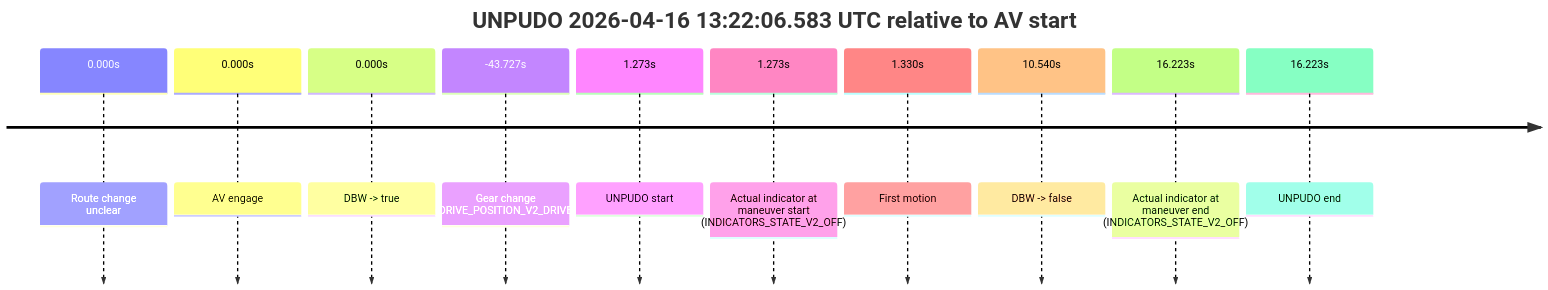
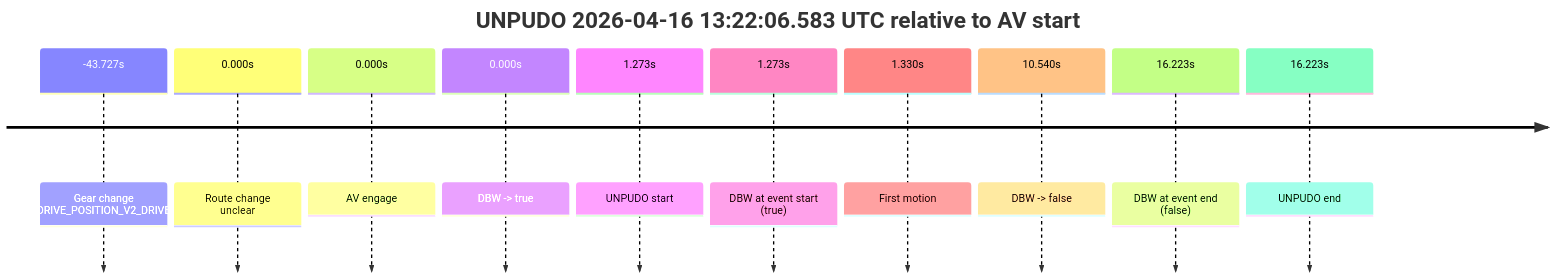
The third of 4 diagrams in model_analysis/report_cards/2026/04/Week-3/fme20009--2026-04-16--12-35-12--gen2-av-b61aff24-57ea-46f1-b166-ea73856ef968.md (yoelshapiro/vault), drawn with Mermaid before and after one commit. The commit also changed other lines of this file and 32 other files, not shown here.

````diff
--- a/model_analysis/report_cards/2026/04/Week-3/fme20009--2026-04-16--12-35-12--gen2-av-b61aff24-57ea-46f1-b166-ea73856ef968.md
+++ b/model_analysis/report_cards/2026/04/Week-3/fme20009--2026-04-16--12-35-12--gen2-av-b61aff24-57ea-46f1-b166-ea73856ef968.md
@@ -473,14 +221,14 @@
 ```mermaid
 timeline
     title UNPUDO 2026-04-16 13:22:06.583 UTC relative to AV start
+    -43.727s : Gear change (DRIVE_POSITION_V2_DRIVE)
     0.000s : Route change unclear
     0.000s : AV engage
     0.000s : DBW -> true
-    -43.727s : Gear change (DRIVE_POSITION_V2_DRIVE)
     1.273s : UNPUDO start
-    1.273s : Actual indicator at maneuver start (INDICATORS_STATE_V2_OFF)
+    1.273s : DBW at event start (true)
     1.330s : First motion
     10.540s : DBW -> false
-    16.223s : Actual indicator at maneuver end (INDICATORS_STATE_V2_OFF)
+    16.223s : DBW at event end (false)
     16.223s : UNPUDO end
 ```
````
